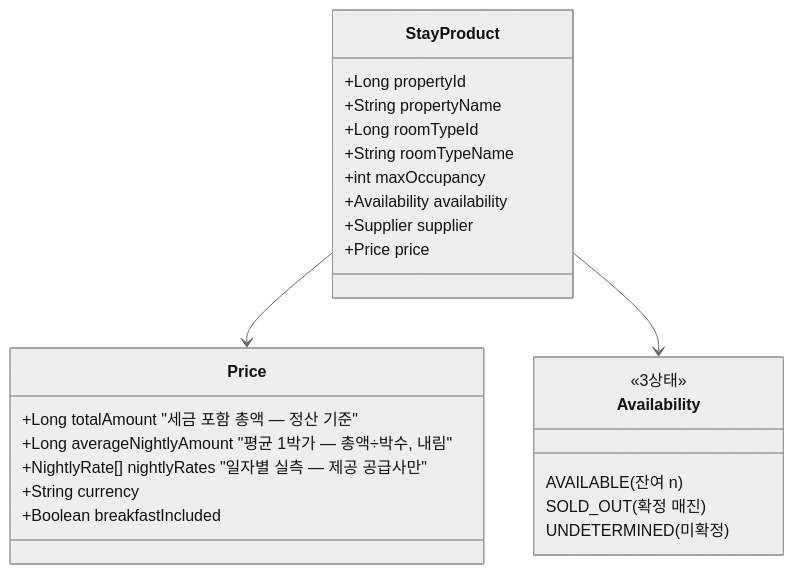
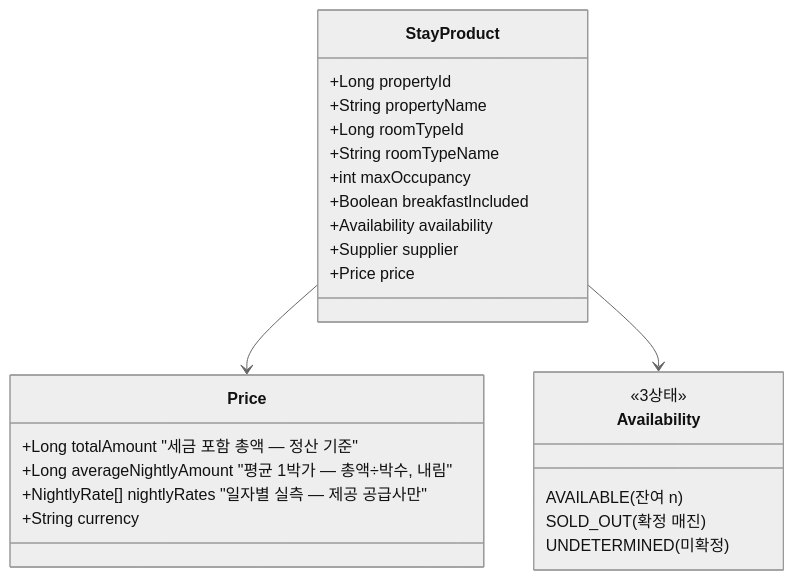
The diagram in docs/DOMAIN_MODEL.md (thomas783/supplier-sync), drawn with Mermaid (neutral theme) before and after one commit. The commit also changed other lines of this file and 2 other files, not shown here.

````diff
--- a/docs/DOMAIN_MODEL.md
+++ b/docs/DOMAIN_MODEL.md
@@ -27,28 +27,28 @@
 ```mermaid
 classDiagram
     class StayProduct {
         +Long propertyId
         +String propertyName
         +Long roomTypeId
         +String roomTypeName
         +int maxOccupancy
+        +Boolean breakfastIncluded
         +Availability availability
         +Supplier supplier
         +Price price
     }
     class Price {
         +Long totalAmount        "세금 포함 총액 — 정산 기준"
         +Long averageNightlyAmount "평균 1박가 — 총액÷박수, 내림"
         +NightlyRate[] nightlyRates "일자별 실측 — 제공 공급사만"
         +String currency
-        +Boolean breakfastIncluded
     }
     class Availability {
         <<3상태>>
         AVAILABLE (잔여 n)
         SOLD_OUT (확정 매진)
         UNDETERMINED (미확정)
     }
     StayProduct --> Price
     StayProduct --> Availability
 ```
````
